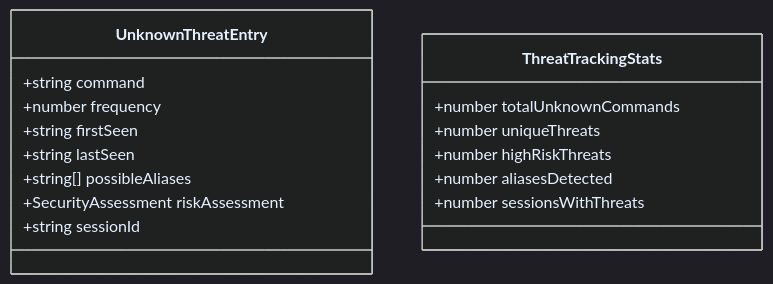
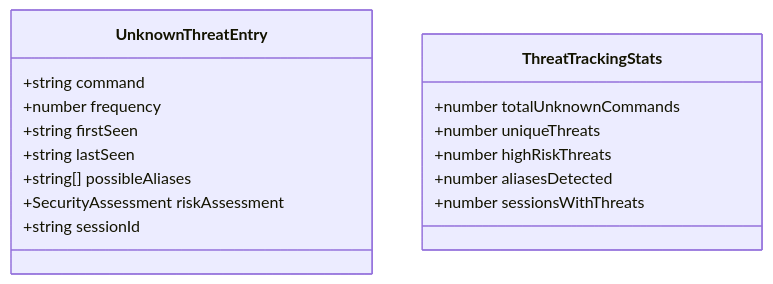
The seventh of 10 diagrams in docs/ARCHITECTURE.md (jagilber-org/powershell-mcp-server), drawn with Mermaid before and after one commit. The commit also changed other lines of this file, not shown here.

Commit message:
docs(architecture): improve dark theme contrast for class diagrams

````diff
--- a/docs/ARCHITECTURE.md
+++ b/docs/ARCHITECTURE.md
@@ -213,20 +213,34 @@
 ```mermaid
-%%{init: {'theme':'dark','themeVariables': { 'primaryColor': '#1e2730','primaryTextColor':'#e6f1ff','primaryBorderColor':'#4fa3ff','lineColor':'#6ea8ff','secondaryColor':'#2a3542','tertiaryColor':'#16202a'}}}%%
+%%{init: {"theme":"dark","themeVariables": { 
+    "primaryColor": "#1e2730",
+    "primaryTextColor":"#e6f1ff",
+    "primaryBorderColor":"#4fa3ff",
+    "lineColor":"#6ea8ff",
+    "secondaryColor":"#2a3542",
+    "tertiaryColor":"#16202a",
+    "noteBkgColor":"#2d3640",
+    "noteTextColor":"#e6f1ff",
+    "classTextColor":"#e6f1ff",
+    "classTitleColor":"#ffffff",
+    "classBackground":"#1e2730",
+    "classBorderColor":"#4fa3ff",
+    "fontFamily":"Segoe UI,Inter,Arial"
+}}%%
 classDiagram
     class UnknownThreatEntry {
         +string command
         +number frequency
         +string firstSeen
         +string lastSeen
         +string[] possibleAliases
         +SecurityAssessment riskAssessment
         +string sessionId
     }
     class ThreatTrackingStats {
         +number totalUnknownCommands
         +number uniqueThreats
         +number highRiskThreats
         +number aliasesDetected
         +number sessionsWithThreats
     }
 ```
````
